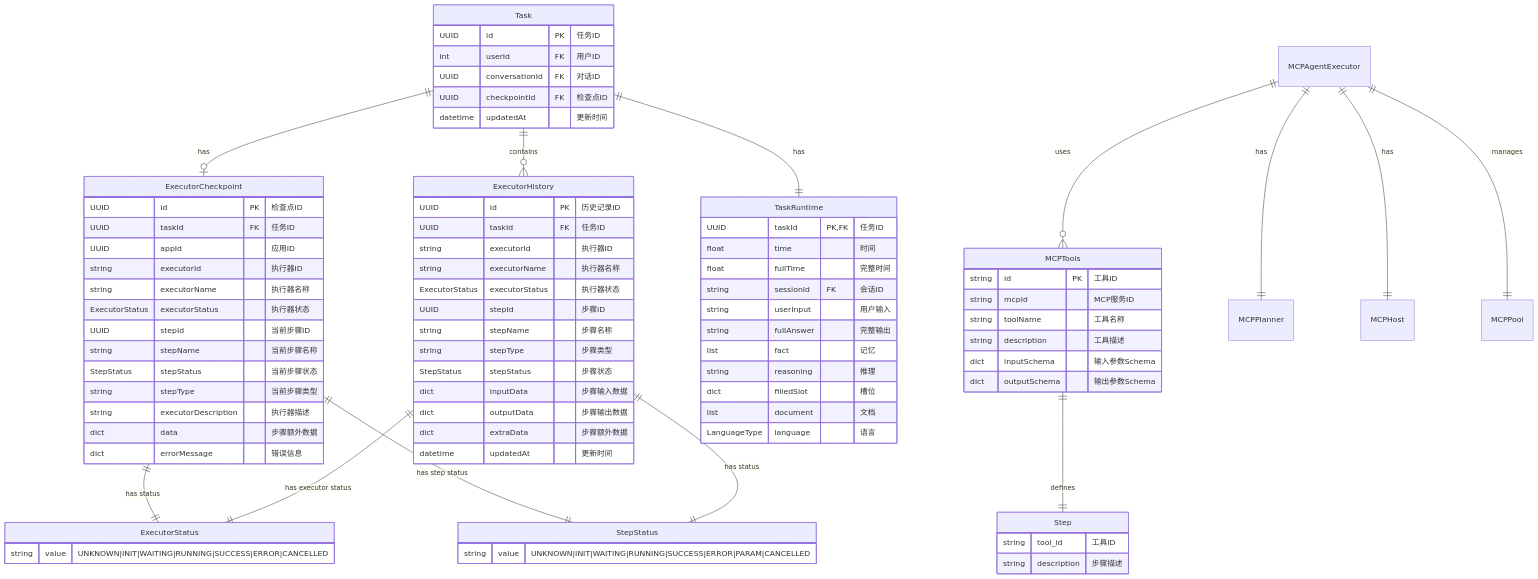
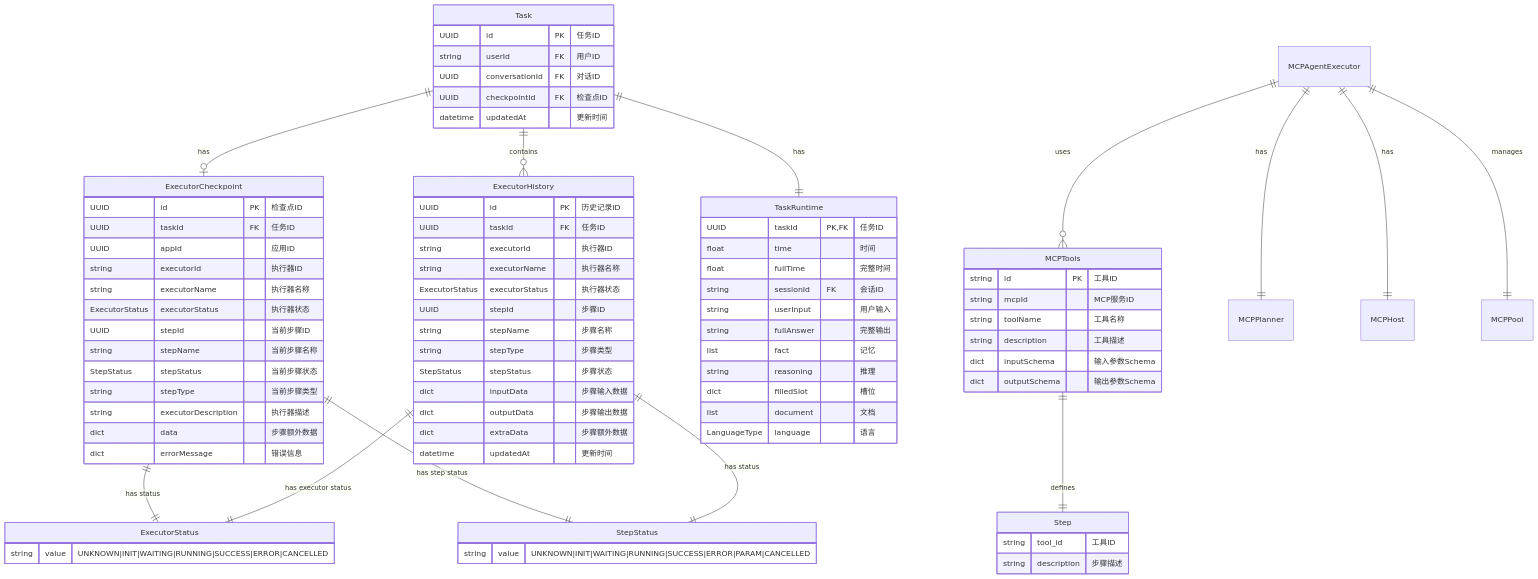
Before and after one commit to openeuler-mirror/euler-copilot-framework: the eighth of 13 diagrams in design/executor/agent.md, drawn with Mermaid. The commit also changed other lines of this file and 18 other files, not shown here.

```diff
--- a/design/executor/agent.md
+++ b/design/executor/agent.md
@@ -710,7 +710,7 @@
 
     Task {
         UUID id PK "任务ID"
-        int userId FK "用户ID"
+        string userId FK "用户ID"
         UUID conversationId FK "对话ID"
         UUID checkpointId FK "检查点ID"
         datetime updatedAt "更新时间"
```
